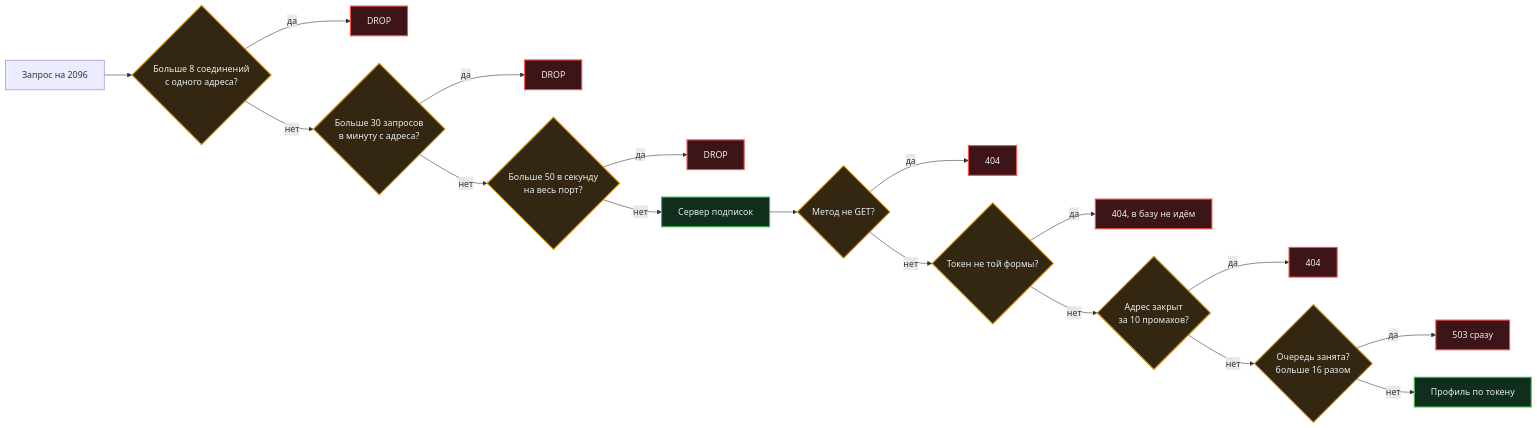
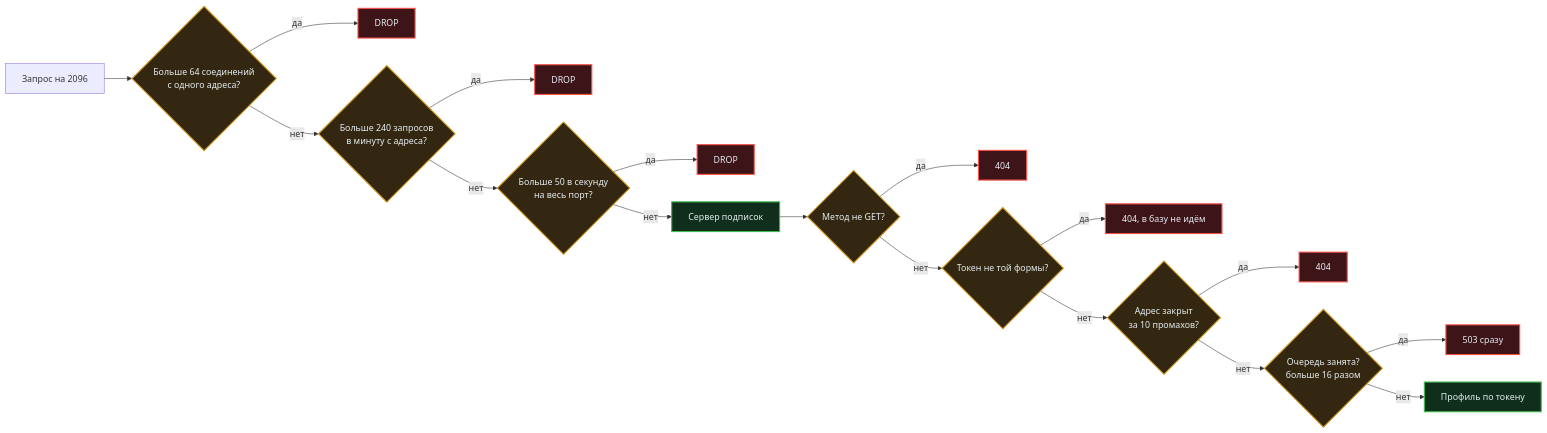
Before and after one commit to AnDyQnn/vpn_awg_2_VPS_pub: the second of 4 diagrams in docs/ports.md, drawn with Mermaid. The commit also changed 8 other files, not shown here.

````diff
--- a/docs/ports.md
+++ b/docs/ports.md
@@ -118,28 +118,28 @@
 ```mermaid
 flowchart LR
-    IN["Запрос на 2096"] --> R1{"Больше 8 соединений<br/>с одного адреса?"}
+    IN["Запрос на 2096"] --> R1{"Больше 64 соединений<br/>с одного адреса?"}
     R1 -->|да| DROP1["DROP"]
-    R1 -->|нет| R2{"Больше 30 запросов<br/>в минуту с адреса?"}
+    R1 -->|нет| R2{"Больше 240 запросов<br/>в минуту с адреса?"}
     R2 -->|да| DROP2["DROP"]
     R2 -->|нет| R3{"Больше 50 в секунду<br/>на весь порт?"}
     R3 -->|да| DROP3["DROP"]
     R3 -->|нет| APP["Сервер подписок"]
 
     APP --> M1{"Метод не GET?"}
     M1 -->|да| NF1["404"]
     M1 -->|нет| M2{"Токен не той формы?"}
     M2 -->|да| NF2["404, в базу не идём"]
     M2 -->|нет| M3{"Адрес закрыт<br/>за 10 промахов?"}
     M3 -->|да| NF3["404"]
     M3 -->|нет| M4{"Очередь занята?<br/>больше 16 разом"}
     M4 -->|да| BUSY["503 сразу"]
     M4 -->|нет| OK["Профиль по токену"]
 
     classDef drop fill:#3d1418,stroke:#f85149,stroke-width:2px,color:#e6edf3
     classDef ok   fill:#0f2e1c,stroke:#3fb950,stroke-width:2px,color:#e6edf3
     classDef q    fill:#332711,stroke:#d29922,stroke-width:2px,color:#e6edf3
 
     class DROP1,DROP2,DROP3,NF1,NF2,NF3,BUSY drop
     class OK,APP ok
     class R1,R2,R3,M1,M2,M3,M4 q
 ```
````
